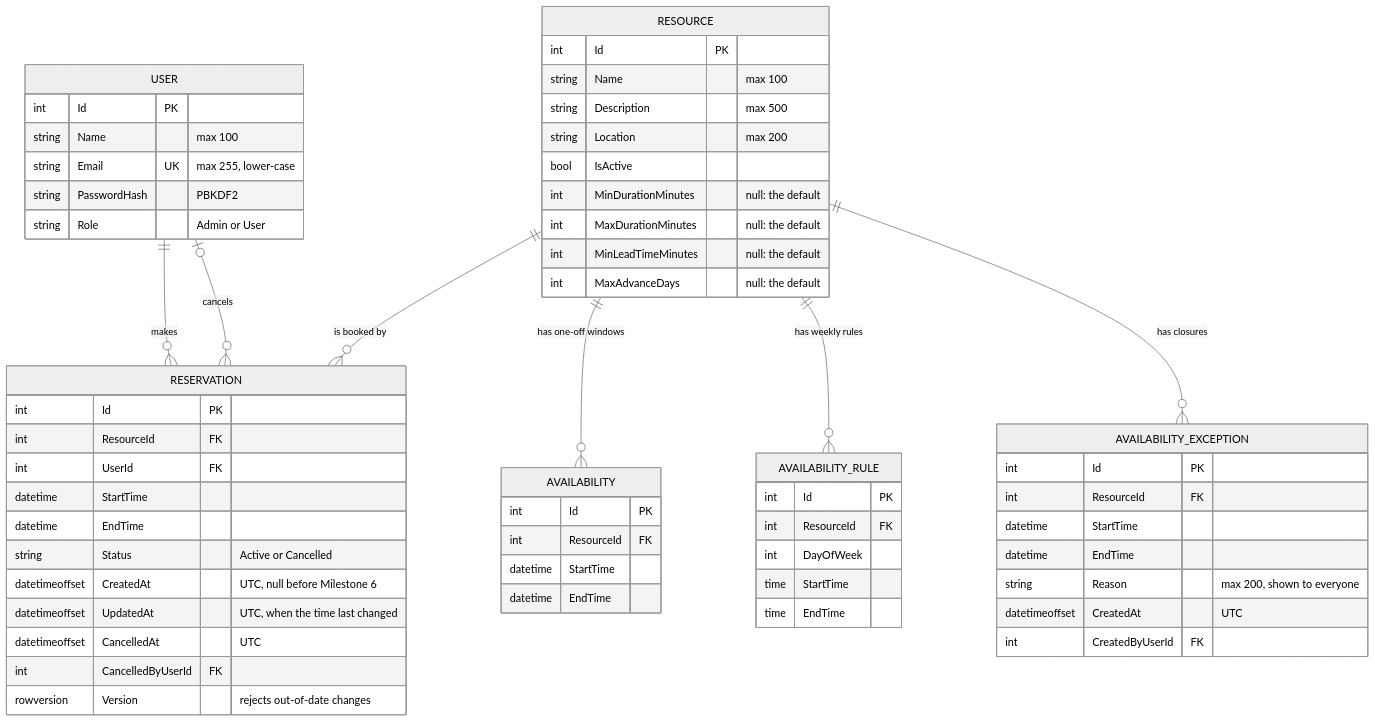
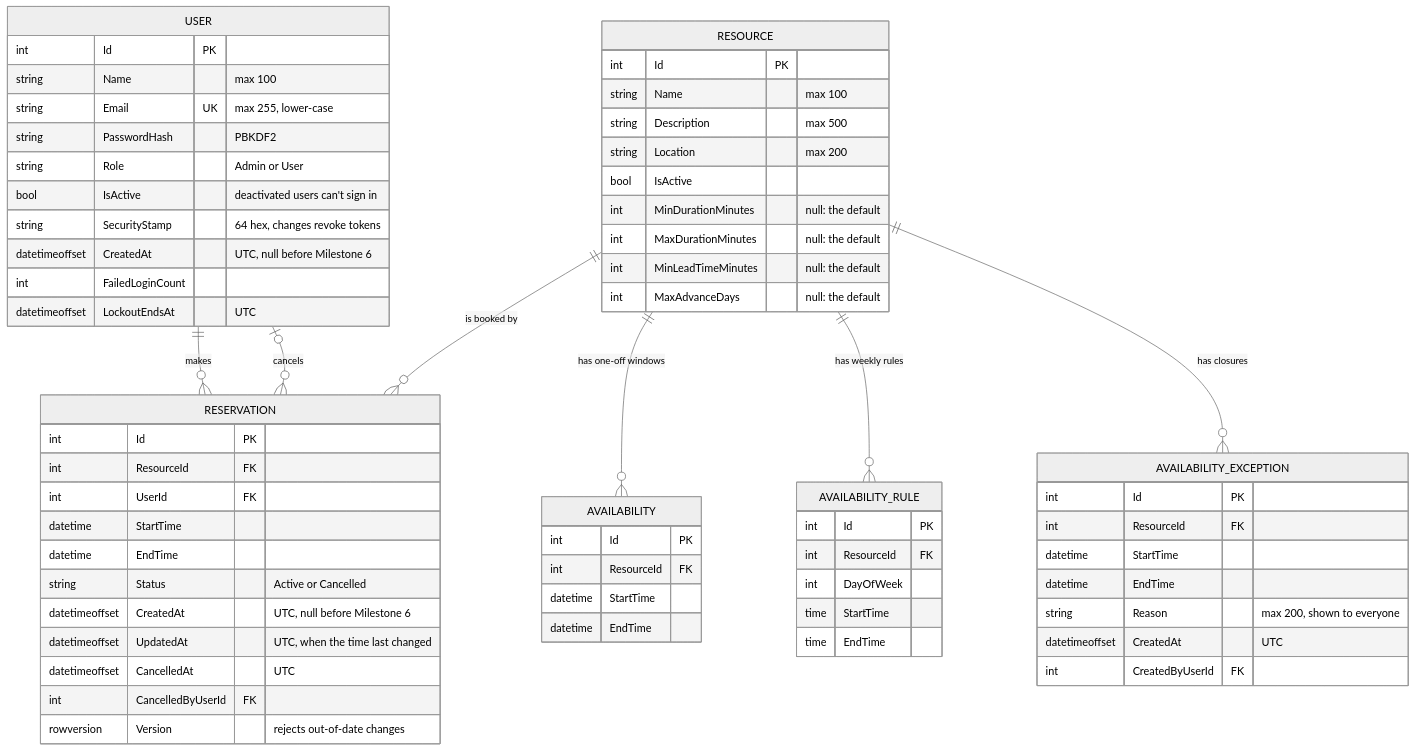
The third of 4 diagrams in docs/architecture.md (Andershgras/resource-reservation-system), drawn with Mermaid (neutral theme) before and after one commit. The commit also changed other lines of this file and 10 other files, not shown here.

````diff
--- a/docs/architecture.md
+++ b/docs/architecture.md
@@ -96,63 +96,68 @@
 ```mermaid
 erDiagram
     USER ||--o{ RESERVATION : makes
     USER |o--o{ RESERVATION : cancels
     RESOURCE ||--o{ RESERVATION : "is booked by"
     RESOURCE ||--o{ AVAILABILITY : "has one-off windows"
     RESOURCE ||--o{ AVAILABILITY_RULE : "has weekly rules"
     RESOURCE ||--o{ AVAILABILITY_EXCEPTION : "has closures"
 
     USER {
         int Id PK
         string Name "max 100"
         string Email UK "max 255, lower-case"
         string PasswordHash "PBKDF2"
         string Role "Admin or User"
+        bool IsActive "deactivated users can't sign in"
+        string SecurityStamp "64 hex, changes revoke tokens"
+        datetimeoffset CreatedAt "UTC, null before Milestone 6"
+        int FailedLoginCount
+        datetimeoffset LockoutEndsAt "UTC"
     }
     RESOURCE {
         int Id PK
         string Name "max 100"
         string Description "max 500"
         string Location "max 200"
         bool IsActive
         int MinDurationMinutes "null: the default"
         int MaxDurationMinutes "null: the default"
         int MinLeadTimeMinutes "null: the default"
         int MaxAdvanceDays "null: the default"
     }
     AVAILABILITY {
         int Id PK
         int ResourceId FK
         datetime StartTime
         datetime EndTime
     }
     AVAILABILITY_RULE {
         int Id PK
         int ResourceId FK
         int DayOfWeek
         time StartTime
         time EndTime
     }
     AVAILABILITY_EXCEPTION {
         int Id PK
         int ResourceId FK
         datetime StartTime
         datetime EndTime
         string Reason "max 200, shown to everyone"
         datetimeoffset CreatedAt "UTC"
         int CreatedByUserId FK
     }
     RESERVATION {
         int Id PK
         int ResourceId FK
         int UserId FK
         datetime StartTime
         datetime EndTime
         string Status "Active or Cancelled"
         datetimeoffset CreatedAt "UTC, null before Milestone 6"
         datetimeoffset UpdatedAt "UTC, when the time last changed"
         datetimeoffset CancelledAt "UTC"
         int CancelledByUserId FK
         rowversion Version "rejects out-of-date changes"
     }
 ```
````
